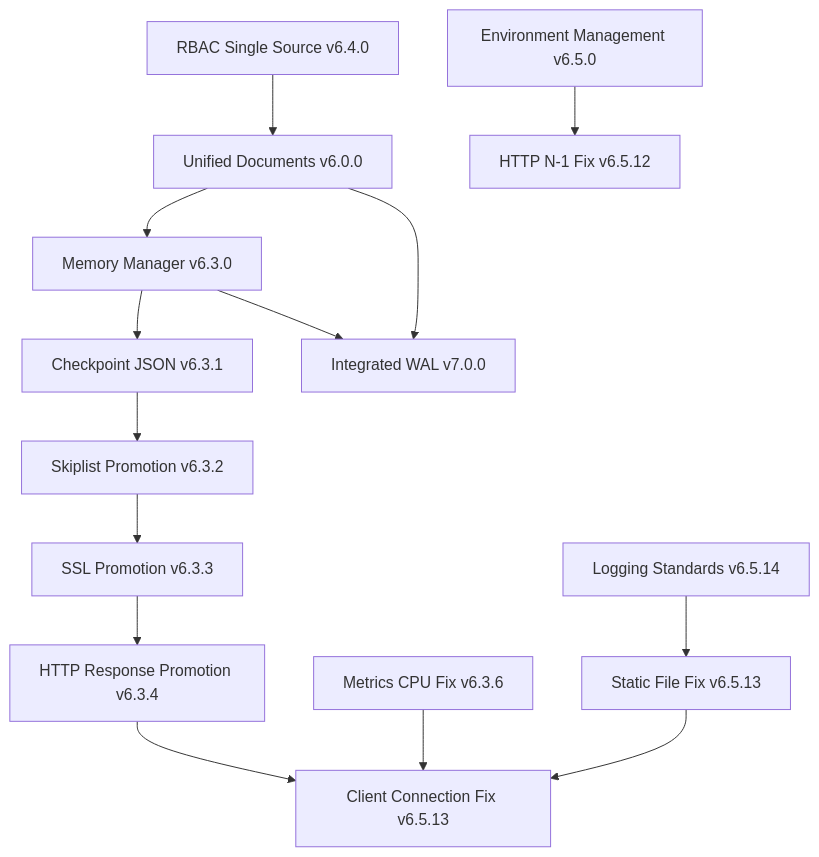
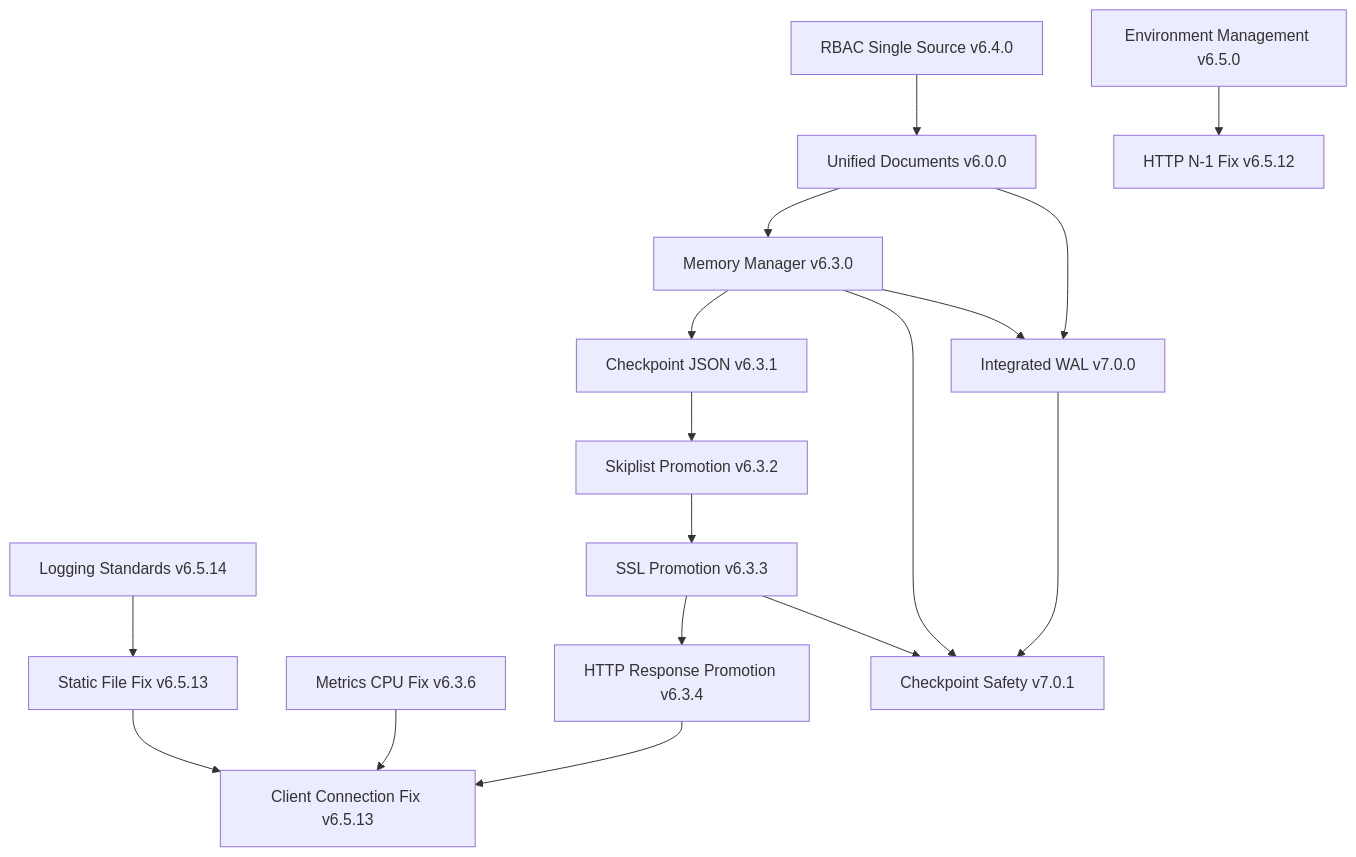
Before and after one commit to osakka/jdbx: the diagram in docs/adr/ADR-TIMELINE.md, drawn with Mermaid. The commit also changed other lines of this file and 2 other files, not shown here.

First line of the commit message:
📚 DOCS: ADR-040 Memory checkpoint safety patterns and v7.0.1 documentation

````diff
--- a/docs/adr/ADR-TIMELINE.md
+++ b/docs/adr/ADR-TIMELINE.md
@@ -1014,18 +1047,21 @@
 ```mermaid
 graph TD
     A[Unified Documents v6.0.0] --> B[Memory Manager v6.3.0]
     B --> C[Checkpoint JSON v6.3.1]
     C --> D[Skiplist Promotion v6.3.2]
     D --> E[SSL Promotion v6.3.3]
     E --> F[HTTP Response Promotion v6.3.4]
     F --> G[Client Connection Fix v6.5.13]
     
     H[RBAC Single Source v6.4.0] --> A
     I[Environment Management v6.5.0] --> J[HTTP N-1 Fix v6.5.12]
     K[Metrics CPU Fix v6.3.6] --> G
     L[Static File Fix v6.5.13] --> G
     M[Logging Standards v6.5.14] --> L
     
     A --> N[Integrated WAL v7.0.0]
     B --> N
+    N --> O[Checkpoint Safety v7.0.1]
+    B --> O
+    E --> O
 ```
````
